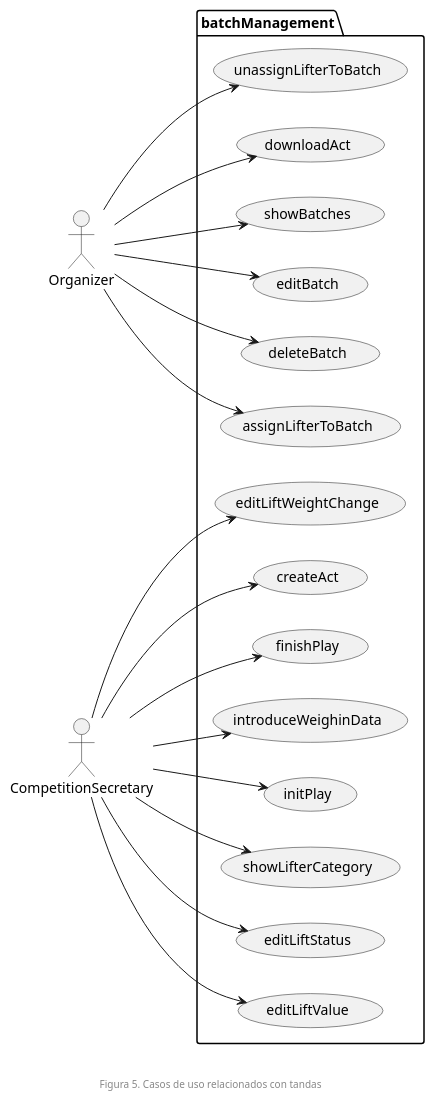
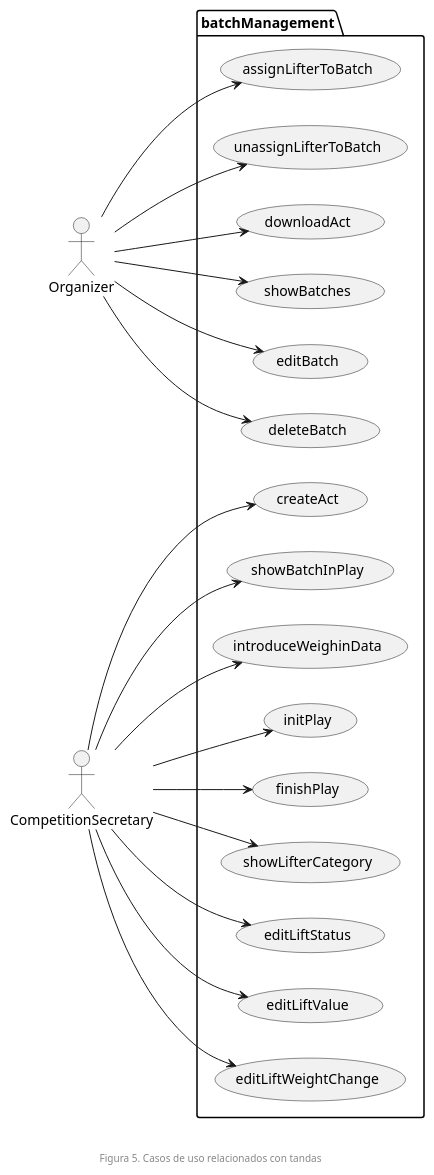
The diagram in documentation/diagrams/1_requirements/1_usecases/batchesBureaucrazy.puml (zuldare/mastercloud_pfm_halterocms), drawn with PlantUML before and after one commit. The commit also changed 5 other files, not shown here.

Commit message:
feat: Refactor use case diagrams

```diff
--- a/documentation/diagrams/1_requirements/1_usecases/batchesBureaucrazy.puml
+++ b/documentation/diagrams/1_requirements/1_usecases/batchesBureaucrazy.puml
@@ -1,42 +1,44 @@
 @startuml
 left to right direction
 package batchManagement {
   usecase showBatches
   usecase editBatch
 
   usecase deleteBatch
   usecase assignLifterToBatch
   usecase unassignLifterToBatch
 
   usecase showLifterCategory
   usecase editLiftStatus
   usecase editLiftValue
 
   usecase editLiftWeightChange
   usecase createAct
   usecase downloadAct
   usecase introduceWeighinData
 
   usecase initPlay
   usecase finishPlay
+  usecase showBatchInPlay
 }
 
 Organizer --> showBatches
 Organizer --> editBatch
 Organizer --> assignLifterToBatch
 Organizer --> unassignLifterToBatch
 Organizer --> deleteBatch
 Organizer --> downloadAct
 
 CompetitionSecretary --> introduceWeighinData
 CompetitionSecretary --> editLiftStatus
 CompetitionSecretary --> editLiftValue
+CompetitionSecretary --> showBatchInPlay
 CompetitionSecretary --> createAct
 CompetitionSecretary --> editLiftWeightChange
 CompetitionSecretary --> showLifterCategory
 CompetitionSecretary --> initPlay
 CompetitionSecretary --> finishPlay
 
 footer \n\nFigura 5. Casos de uso relacionados con tandas
 
 @enduml
```
